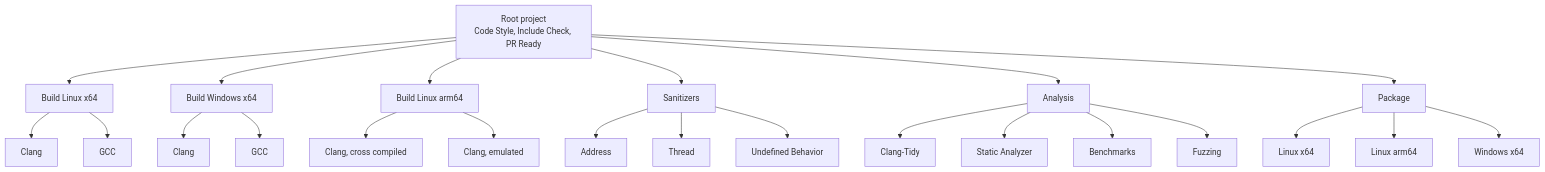
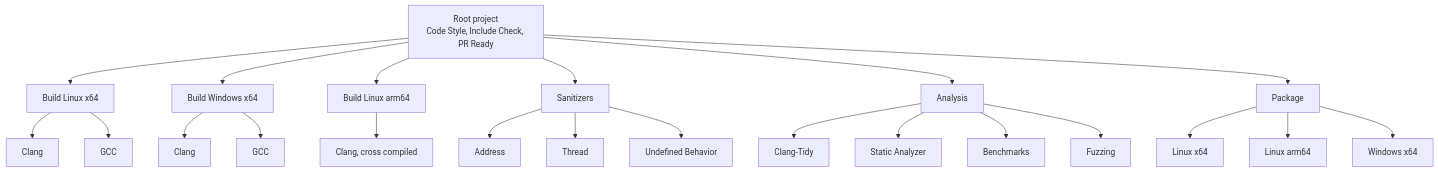
The first of 3 diagrams in doc/pages/continuous_integration.md (Silmaen/Owl), drawn with Mermaid before and after one commit. The commit also changed other lines of this file and 10 other files, not shown here.

````diff
--- a/doc/pages/continuous_integration.md
+++ b/doc/pages/continuous_integration.md
@@ -35,25 +35,24 @@
 ```mermaid
 flowchart TD
     Root["Root project<br/>Code Style, Include Check, PR Ready"] --> Lx[Build Linux x64]
     Root --> Wx[Build Windows x64]
     Root --> La[Build Linux arm64]
     Root --> San[Sanitizers]
     Root --> An[Analysis]
     Root --> Pkg[Package]
     Lx --> LxC[Clang]
     Lx --> LxG[GCC]
     Wx --> WxC[Clang]
     Wx --> WxG[GCC]
     La --> LaC[Clang, cross compiled]
-    La --> LaE[Clang, emulated]
     San --> SA[Address]
     San --> ST[Thread]
     San --> SU[Undefined Behavior]
     An --> CT[Clang-Tidy]
     An --> AN[Static Analyzer]
     An --> BE[Benchmarks]
     An --> FZ[Fuzzing]
     Pkg --> PL[Linux x64]
     Pkg --> PA[Linux arm64]
     Pkg --> PW[Windows x64]
 ```
````
